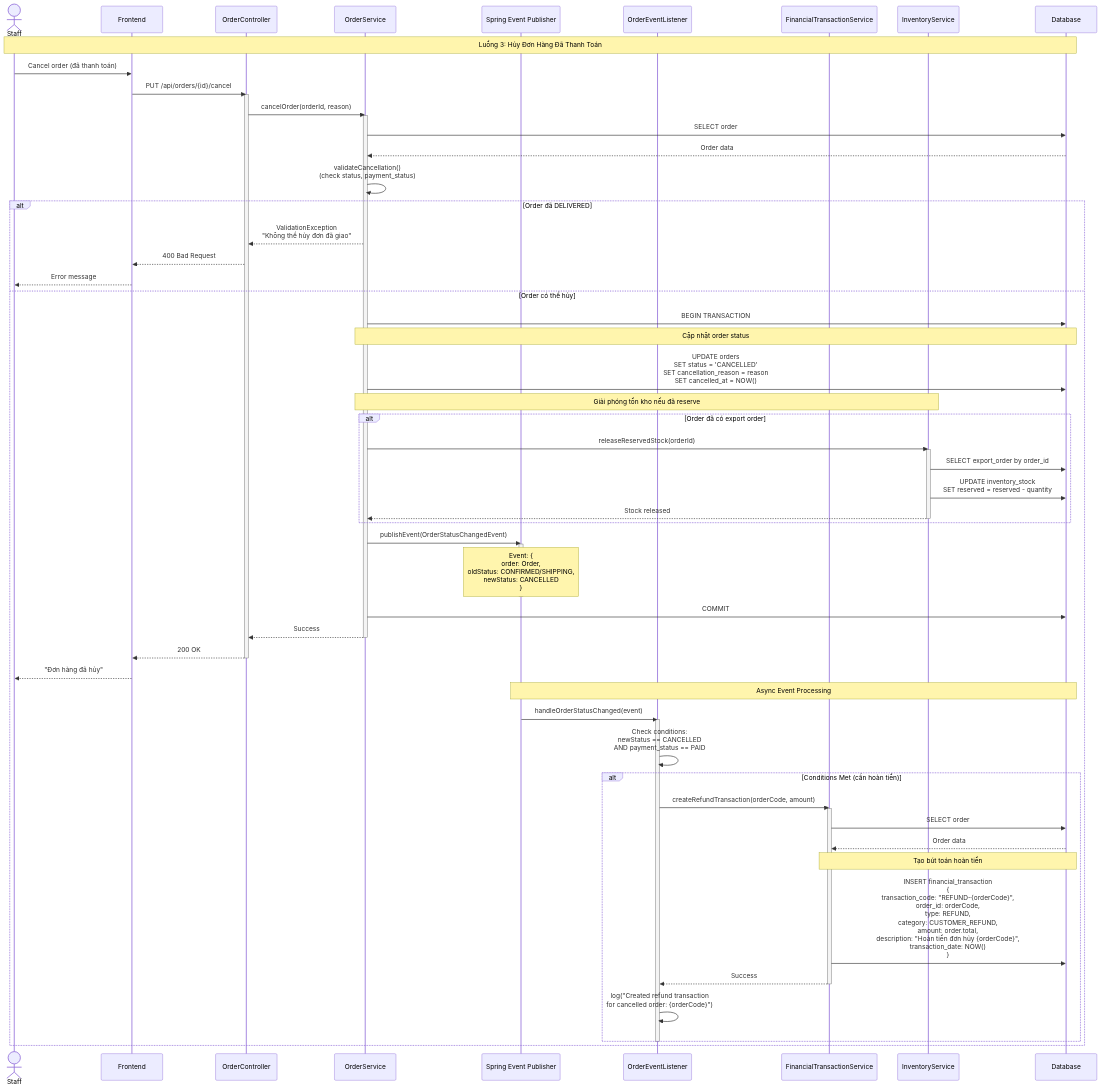
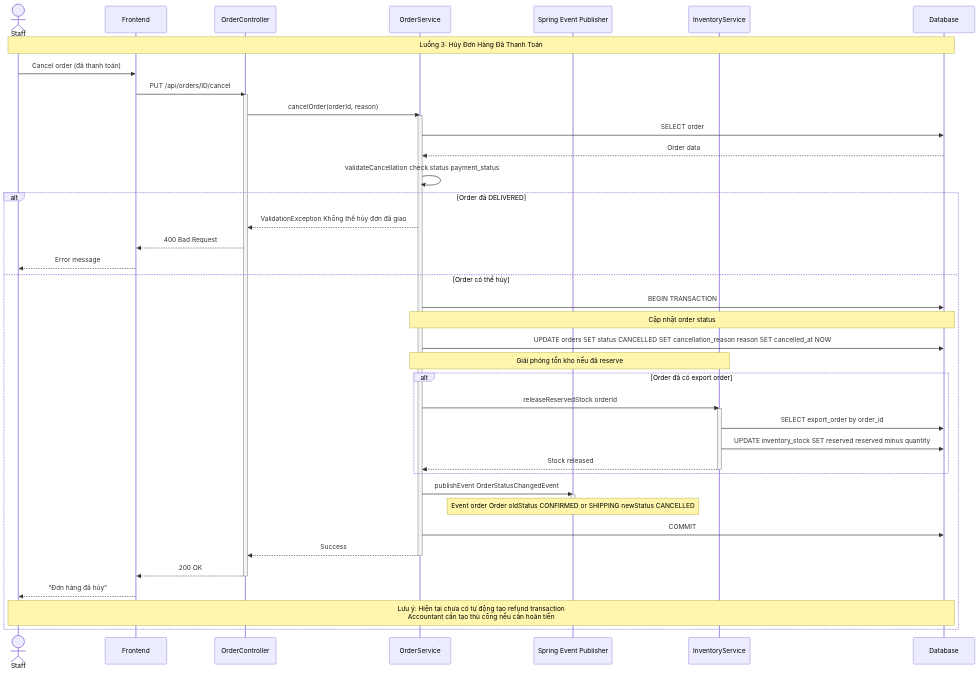
The third of 17 diagrams in .kiro/specs/bao-cao-do-an/sequence-diagram-accounting-flow.md (Mvuong1523/Do-an-tot-nghiep), drawn with Mermaid before and after one commit. The commit also changed other lines of this file and 22 other files, not shown here.

````diff
--- a/.kiro/specs/bao-cao-do-an/sequence-diagram-accounting-flow.md
+++ b/.kiro/specs/bao-cao-do-an/sequence-diagram-accounting-flow.md
@@ -236,15 +198,13 @@
     participant OrderCtrl as OrderController
     participant OrderSvc as OrderService
     participant EventPublisher as Spring Event Publisher
-    participant EventListener as OrderEventListener
-    participant FinTxnSvc as FinancialTransactionService
     participant InvSvc as InventoryService
     participant DB as Database
     
     Note over Staff,DB: Luồng 3: Hủy Đơn Hàng Đã Thanh Toán
     
     Staff->>UI: Cancel order (đã thanh toán)
-    UI->>OrderCtrl: PUT /api/orders/{id}/cancel
+    UI->>OrderCtrl: PUT /api/orders/ID/cancel
     activate OrderCtrl
     
     OrderCtrl->>OrderSvc: cancelOrder(orderId, reason)
@@ -253,10 +213,10 @@
     OrderSvc->>DB: SELECT order
     DB-->>OrderSvc: Order data
     
-    OrderSvc->>OrderSvc: validateCancellation()<br/>(check status, payment_status)
+    OrderSvc->>OrderSvc: validateCancellation check status payment_status
     
     alt Order đã DELIVERED
-        OrderSvc-->>OrderCtrl: ValidationException<br/>"Không thể hủy đơn đã giao"
+        OrderSvc-->>OrderCtrl: ValidationException Không thể hủy đơn đã giao
         OrderCtrl-->>UI: 400 Bad Request
         UI-->>Staff: Error message
     else Order có thể hủy
@@ -264,24 +224,24 @@
         
         Note over OrderSvc,DB: Cập nhật order status
         
-        OrderSvc->>DB: UPDATE orders<br/>SET status = 'CANCELLED'<br/>SET cancellation_reason = reason<br/>SET cancelled_at = NOW()
+        OrderSvc->>DB: UPDATE orders SET status CANCELLED SET cancellation_reason reason SET cancelled_at NOW
         
         Note over OrderSvc,InvSvc: Giải phóng tồn kho nếu đã reserve
         
         alt Order đã có export order
-            OrderSvc->>InvSvc: releaseReservedStock(orderId)
+            OrderSvc->>InvSvc: releaseReservedStock orderId
             activate InvSvc
             
             InvSvc->>DB: SELECT export_order by order_id
-            InvSvc->>DB: UPDATE inventory_stock<br/>SET reserved = reserved - quantity
+            InvSvc->>DB: UPDATE inventory_stock SET reserved reserved minus quantity
             
             InvSvc-->>OrderSvc: Stock released
             deactivate InvSvc
         end
         
-        OrderSvc->>EventPublisher: publishEvent(OrderStatusChangedEvent)
+        OrderSvc->>EventPublisher: publishEvent OrderStatusChangedEvent
         activate EventPublisher
-        Note over EventPublisher: Event: {<br/>  order: Order,<br/>  oldStatus: CONFIRMED/SHIPPING,<br/>  newStatus: CANCELLED<br/>}
+        Note over EventPublisher: Event order Order oldStatus CONFIRMED or SHIPPING newStatus CANCELLED
         deactivate EventPublisher
         
         OrderSvc->>DB: COMMIT
@@ -292,30 +252,6 @@
         deactivate OrderCtrl
         UI-->>Staff: "Đơn hàng đã hủy"
         
-        Note over EventPublisher,DB: Async Event Processing
-        
-        EventPublisher->>EventListener: handleOrderStatusChanged(event)
-        activate EventListener
-        
-        EventListener->>EventListener: Check conditions:<br/>newStatus == CANCELLED<br/>AND payment_status == PAID
-        
-        alt Conditions Met (cần hoàn tiền)
-            EventListener->>FinTxnSvc: createRefundTransaction(orderCode, amount)
-            activate FinTxnSvc
-            
-            FinTxnSvc->>DB: SELECT order
-            DB-->>FinTxnSvc: Order data
-            
-            Note over FinTxnSvc,DB: Tạo bút toán hoàn tiền
-            
-            FinTxnSvc->>DB: INSERT financial_transaction<br/>{<br/>  transaction_code: "REFUND-{orderCode}",<br/>  order_id: orderCode,<br/>  type: REFUND,<br/>  category: CUSTOMER_REFUND,<br/>  amount: order.total,<br/>  description: "Hoàn tiền đơn hủy {orderCode}",<br/>  transaction_date: NOW()<br/>}
-            
-            FinTxnSvc-->>EventListener: Success
-            deactivate FinTxnSvc
-            
-            EventListener->>EventListener: log("Created refund transaction<br/>for cancelled order: {orderCode}")
-        end
-        
-        deactivate EventListener
+        Note over Staff,DB: Lưu ý: Hiện tại chưa có tự động tạo refund transaction<br/>Accountant cần tạo thủ công nếu cần hoàn tiền
     end
 ```
````
